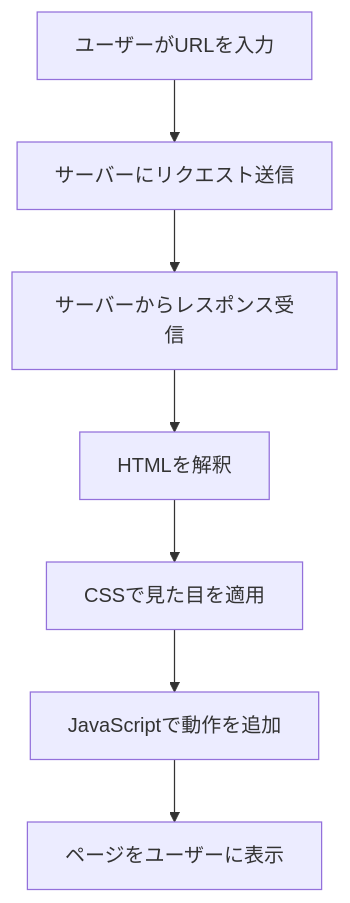
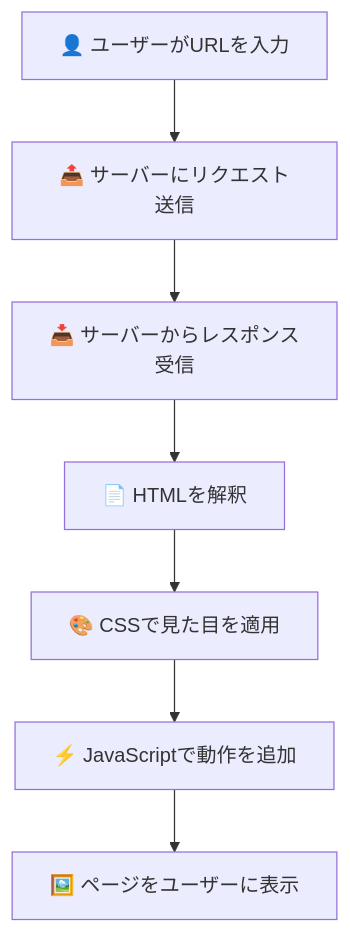
Before and after one commit to Monzi-takuya/web-fundamentals-for-non-engineers: the second of 2 diagrams in docs/02_Web基礎理解/02_必須_クライアントサーバーモデル.md, drawn with Mermaid. The commit also changed other lines of this file, not shown here.

````diff
--- a/docs/02_Web基礎理解/02_必須_クライアントサーバーモデル.md
+++ b/docs/02_Web基礎理解/02_必須_クライアントサーバーモデル.md
@@ -74,9 +74,9 @@
 ```mermaid
 flowchart TD
-    A["ユーザーがURLを入力"] --> B["サーバーにリクエスト送信"]
-    B --> C["サーバーからレスポンス受信"]
-    C --> D["HTMLを解釈"]
-    D --> E["CSSで見た目を適用"]
-    E --> F["JavaScriptで動作を追加"]
-    F --> G["ページをユーザーに表示"]
+    A["👤 ユーザーがURLを入力"] --> B["📤 サーバーにリクエスト送信"]
+    B --> C["📥 サーバーからレスポンス受信"]
+    C --> D["📄 HTMLを解釈"]
+    D --> E["🎨 CSSで見た目を適用"]
+    E --> F["⚡ JavaScriptで動作を追加"]
+    F --> G["🖼️ ページをユーザーに表示"]
 ```
````
